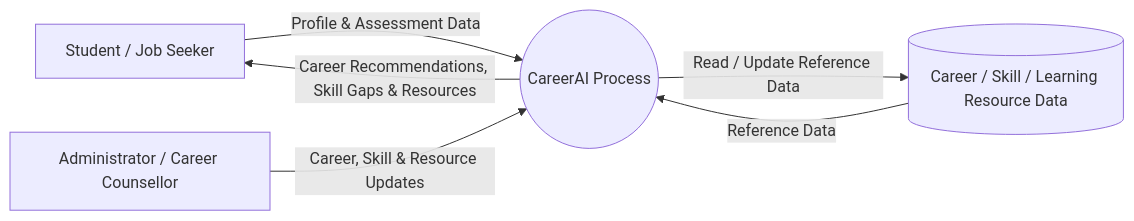
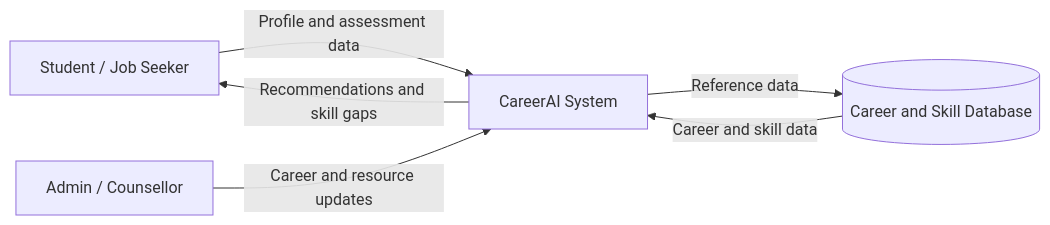
One commit to Aditi2512Gupta/CareerAI changed the first of 8 diagrams in README.md. Above: the diagram before and after it, drawn with Mermaid. The commit also changed other lines of this file, not shown here.

Commit message:
Fix Mermaid diagrams in README

````diff
--- a/README.md
+++ b/README.md
@@ -60,8 +60,8 @@
 ```mermaid
-flowchart LR
-    S[Student / Job Seeker] -->|Profile & Assessment Data| P((CareerAI Process))
-    P -->|Career Recommendations, Skill Gaps & Resources| S
-    A[Administrator / Career Counsellor] -->|Career, Skill & Resource Updates| P
-    P -->|Read / Update Reference Data| D[(Career / Skill / Learning Resource Data)]
-    D -->|Reference Data| P
+graph LR
+    U[Student / Job Seeker] -->|Profile and assessment data| C[CareerAI System]
+    C -->|Recommendations and skill gaps| U
+    A[Admin / Counsellor] -->|Career and resource updates| C
+    C -->|Reference data| D[(Career and Skill Database)]
+    D -->|Career and skill data| C
 ```
````
